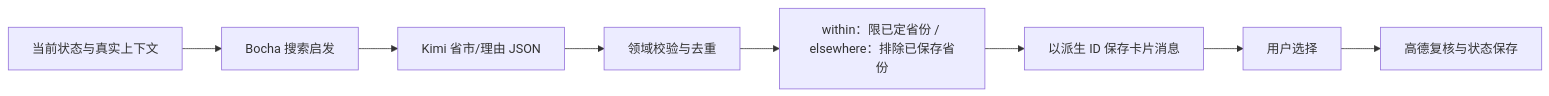
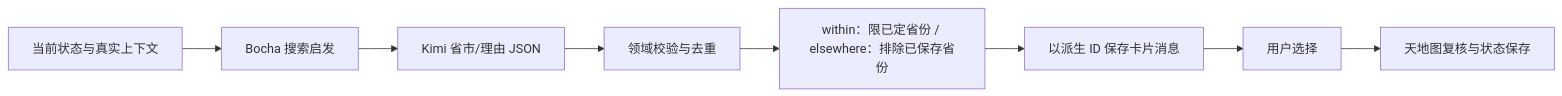
One commit to meiyulin22/Meri-Road-Trip changed the sixth of 6 diagrams in docs/ARCHITECTURE.md. Above: the diagram before and after it, drawn with Mermaid. The commit also changed other lines of this file and 61 other files, not shown here.

````diff
--- a/docs/ARCHITECTURE.md
+++ b/docs/ARCHITECTURE.md
@@ -235,10 +232,10 @@
 ```mermaid
 flowchart LR
   context[当前状态与真实上下文] --> search[Bocha 搜索启发]
   search --> generate[Kimi 省市/理由 JSON]
   generate --> validate[领域校验与去重]
   validate --> filter[within：限已定省份 / elsewhere：排除已保存省份]
   filter --> persist[以派生 ID 保存卡片消息]
   persist --> select[用户选择]
-  select --> verify[高德复核与状态保存]
+  select --> verify[天地图复核与状态保存]
 ```
````
